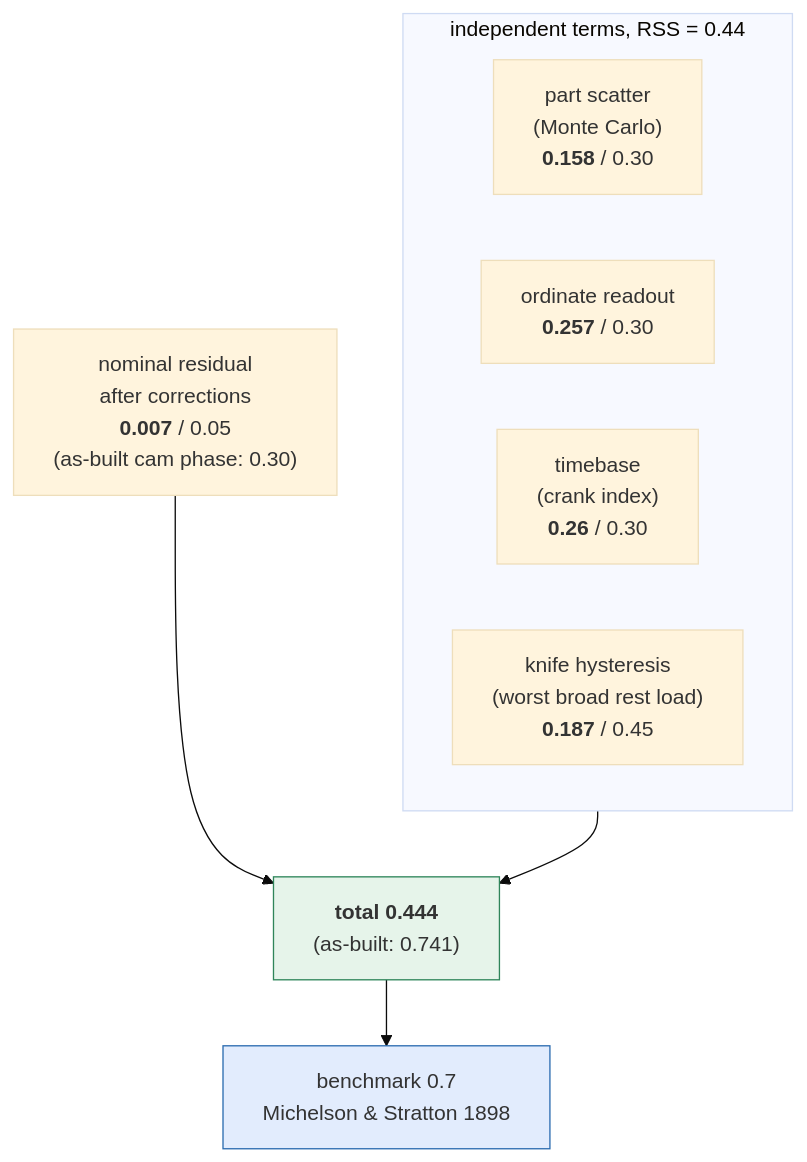
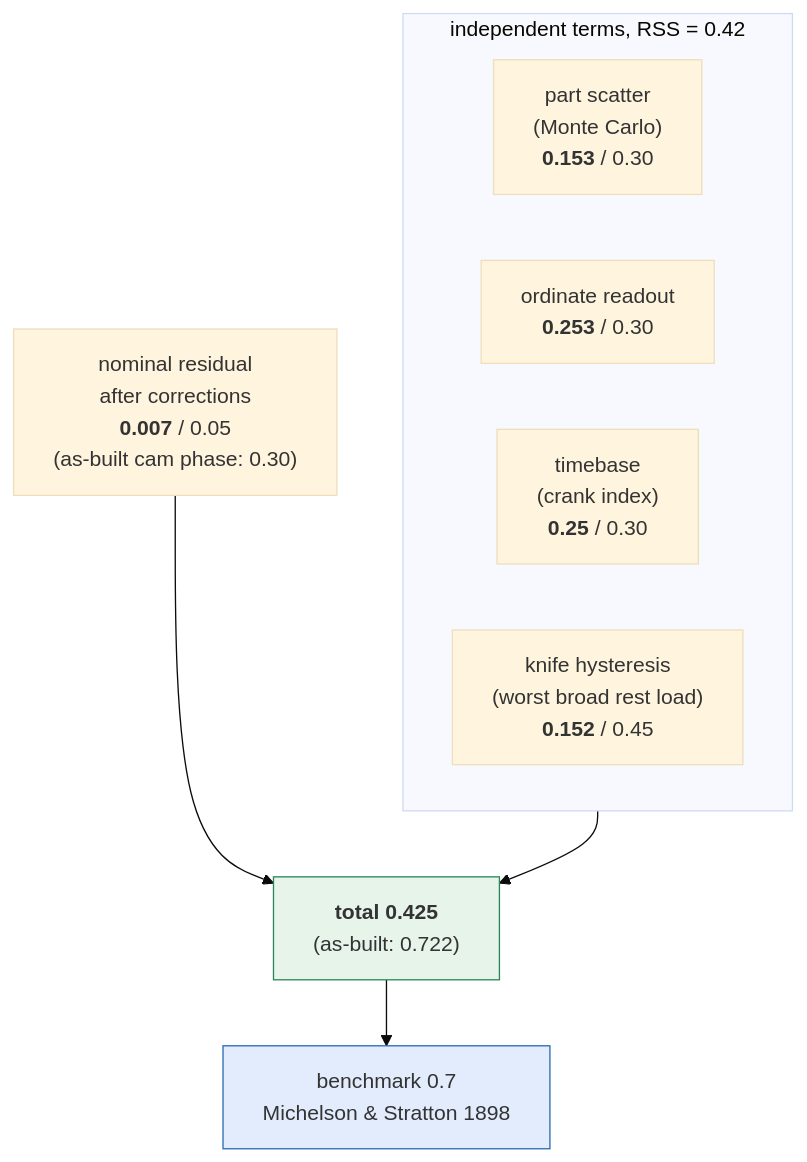
The third of 4 diagrams in cad/docs/tolerance-policy.md (pedropaulovc/harmonic-analyzer), drawn with Mermaid (base theme) before and after one commit. The commit also changed other lines of this file and 5 other files, not shown here.

````diff
--- a/cad/docs/tolerance-policy.md
+++ b/cad/docs/tolerance-policy.md
@@ -384,16 +385,16 @@
 ```mermaid
 flowchart TB
-    subgraph rss["independent terms, RSS = 0.44"]
+    subgraph rss["independent terms, RSS = 0.42"]
         direction LR
-        s["part scatter<br/>(Monte Carlo)<br/><b>0.158</b> / 0.30"]
-        r["ordinate readout<br/><b>0.257</b> / 0.30"]
-        t["timebase<br/>(crank index)<br/><b>0.26</b> / 0.30"]
-        k["knife hysteresis<br/>(worst broad rest load)<br/><b>0.187</b> / 0.45"]
+        s["part scatter<br/>(Monte Carlo)<br/><b>0.153</b> / 0.30"]
+        r["ordinate readout<br/><b>0.253</b> / 0.30"]
+        t["timebase<br/>(crank index)<br/><b>0.25</b> / 0.30"]
+        k["knife hysteresis<br/>(worst broad rest load)<br/><b>0.152</b> / 0.45"]
     end
     n["nominal residual<br/>after corrections<br/><b>0.007</b> / 0.05<br/>(as-built cam phase: 0.30)"]
-    rss --> total["<b>total 0.444</b><br/>(as-built: 0.741)"]
+    rss --> total["<b>total 0.425</b><br/>(as-built: 0.722)"]
     n --> total
     total --> bench["benchmark 0.7<br/>Michelson & Stratton 1898"]
     style total fill:#e6f4ea,stroke:#2f855a
     style bench fill:#e2ecfd,stroke:#2b6cb0
 ```
````
